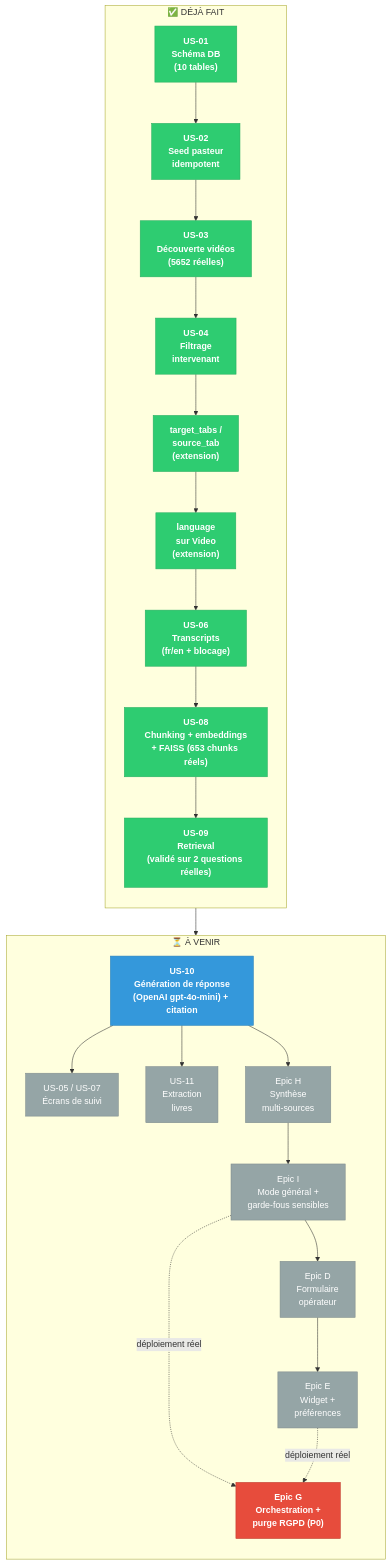
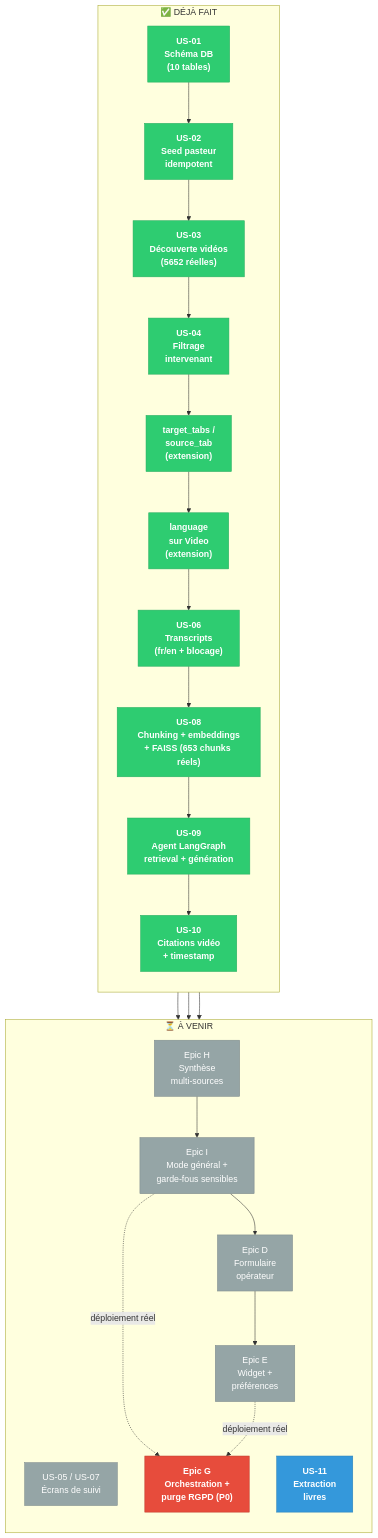
Before and after one commit to Indsyra/epastor: the diagram in docs/roadmap/chronological.mermaid, drawn with Mermaid. The commit also changed 2 other files, not shown here.

Commit message:
Refine US-09 and US-10 descriptions in roadmap diagrams to clarify functionality and update status

```diff
--- a/docs/roadmap/chronological.mermaid
+++ b/docs/roadmap/chronological.mermaid
@@ -1,47 +1,46 @@
 flowchart TD
     subgraph FAIT["✅ DÉJÀ FAIT"]
         direction TB
         US01["US-01<br/>Schéma DB<br/>(10 tables)"]
         US02["US-02<br/>Seed pasteur<br/>idempotent"]
         US03["US-03<br/>Découverte vidéos<br/>(5652 réelles)"]
         US04["US-04<br/>Filtrage<br/>intervenant"]
         EXT1["target_tabs /<br/>source_tab<br/>(extension)"]
         EXT2["language<br/>sur Video<br/>(extension)"]
         US06["US-06<br/>Transcripts<br/>(fr/en + blocage)"]
         US08["US-08<br/>Chunking + embeddings<br/>+ FAISS (653 chunks réels)"]
-        US09["US-09<br/>Retrieval<br/>(validé sur 2 questions réelles)"]
+        US09["US-09<br/>Agent LangGraph<br/>retrieval + génération"]
+        US10["US-10<br/>Citations vidéo<br/>+ timestamp"]
     end
 
-    US01 --> US02 --> US03 --> US04 --> EXT1 --> EXT2 --> US06 --> US08 --> US09
+    US01 --> US02 --> US03 --> US04 --> EXT1 --> EXT2 --> US06 --> US08 --> US09 --> US10
 
     subgraph AVENIR["⏳ À VENIR"]
         direction TB
-        US10["US-10<br/>Génération de réponse<br/>(OpenAI gpt-4o-mini) + citation"]
         US0507["US-05 / US-07<br/>Écrans de suivi"]
         US11["US-11<br/>Extraction<br/>livres"]
         EPICH["Epic H<br/>Synthèse<br/>multi-sources"]
         EPICI["Epic I<br/>Mode général +<br/>garde-fous sensibles"]
         EPICD["Epic D<br/>Formulaire<br/>opérateur"]
         EPICE["Epic E<br/>Widget +<br/>préférences"]
         EPICG["Epic G<br/>Orchestration +<br/>purge RGPD (P0)"]
     end
 
-    US09 --> US10
     US10 --> US0507
     US10 --> US11
     US10 --> EPICH
     EPICH --> EPICI
     EPICI --> EPICD
     EPICD --> EPICE
     EPICI -.déploiement réel.-> EPICG
     EPICE -.déploiement réel.-> EPICG
 
     classDef done fill:#2ecc71,stroke:#27ae60,color:#fff,font-weight:bold
     classDef next fill:#3498db,stroke:#2980b9,color:#fff,font-weight:bold
     classDef pending fill:#95a5a6,stroke:#7f8c8d,color:#fff
     classDef critical fill:#e74c3c,stroke:#c0392b,color:#fff,font-weight:bold
 
-    class US01,US02,US03,US04,EXT1,EXT2,US06,US08,US09 done
-    class US10 next
-    class US0507,US11,EPICH,EPICI,EPICD,EPICE pending
+    class US01,US02,US03,US04,EXT1,EXT2,US06,US08,US09,US10 done
+    class US11 next
+    class US0507,EPICH,EPICI,EPICD,EPICE pending
     class EPICG critical
```
